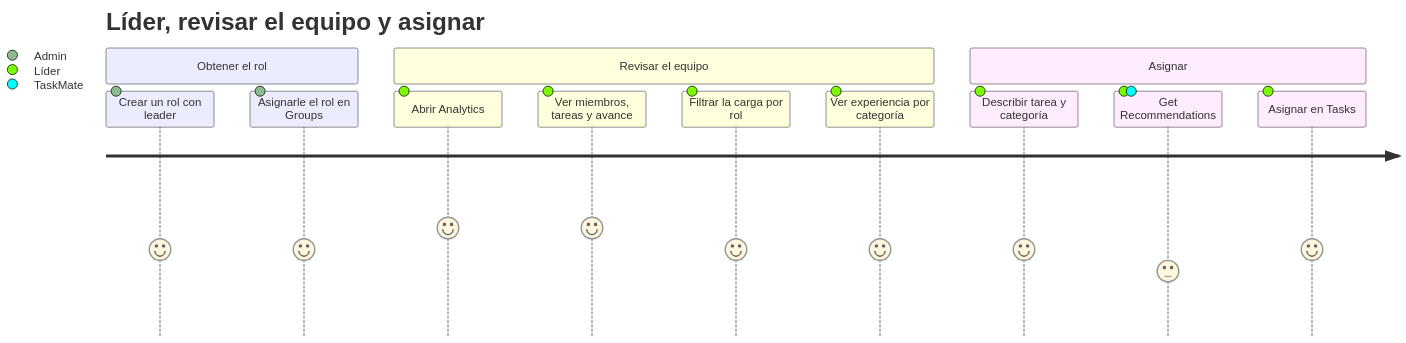
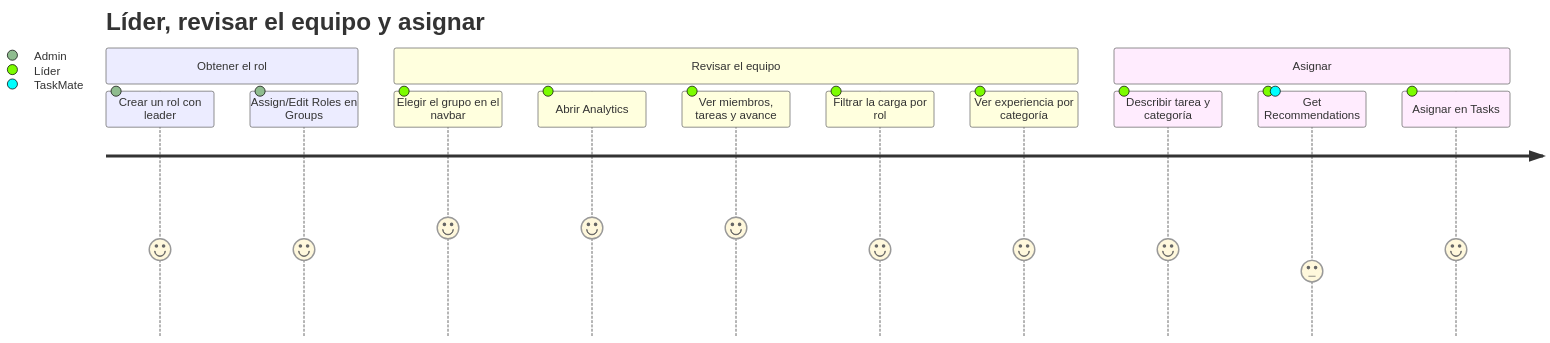
One commit to PabloP150/proyecto-is-cc6 changed the fourth of 4 diagrams in documentacion/04-casos-de-uso/00-recorridos-de-usuario.md. Above: the diagram before and after it, drawn with Mermaid. The commit also changed other lines of this file and 204 other files, not shown here.

First line of the commit message:
docs: update all documentation, diagrams and PNGs to the test/e2e state

````diff
--- a/documentacion/04-casos-de-uso/00-recorridos-de-usuario.md
+++ b/documentacion/04-casos-de-uso/00-recorridos-de-usuario.md
@@ -100,16 +119,17 @@
 ```mermaid
 journey
     title Líder, revisar el equipo y asignar
     section Obtener el rol
       Crear un rol con leader: 4: Admin
-      Asignarle el rol en Groups: 4: Admin
+      Assign/Edit Roles en Groups: 4: Admin
     section Revisar el equipo
+      Elegir el grupo en el navbar: 5: Líder
       Abrir Analytics: 5: Líder
       Ver miembros, tareas y avance: 5: Líder
       Filtrar la carga por rol: 4: Líder
       Ver experiencia por categoría: 4: Líder
     section Asignar
       Describir tarea y categoría: 4: Líder
       Get Recommendations: 3: Líder, TaskMate
       Asignar en Tasks: 4: Líder
 ```
````
